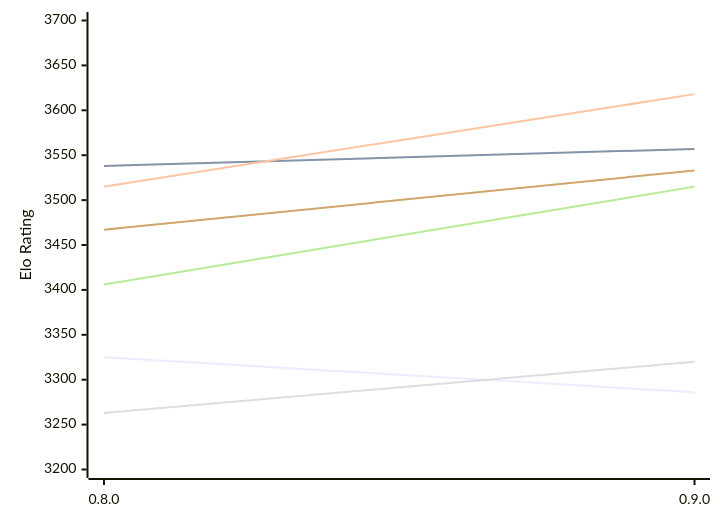
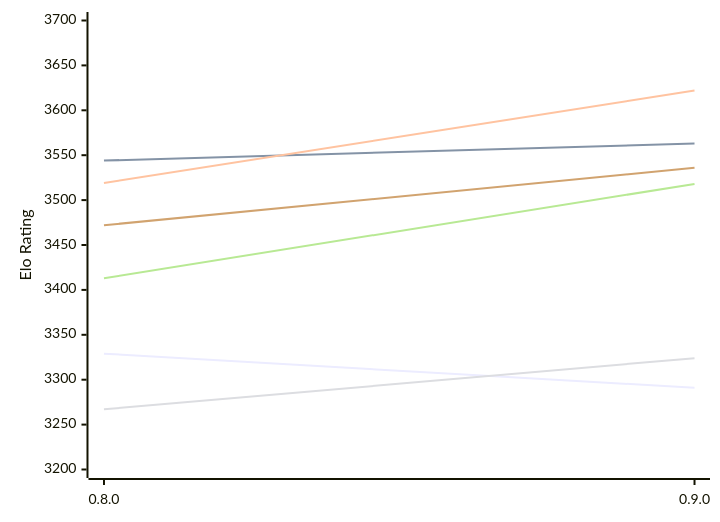
The first of 2 diagrams in engines/Motor.md (computer-chess-index/cci), drawn with Mermaid before and after one commit. The commit also changed other lines of this file, not shown here.

Commit message:
Update CCI Ratings (ELO VLTC) - 2026-11-20

````diff
--- a/engines/Motor.md
+++ b/engines/Motor.md
@@ -51,12 +51,12 @@
 ```mermaid
 %%{init: {"theme":"base","themeVariables":{"seriesColors:['#a3a3a3','#222221','#faa371']}}}%%
 xychart-beta
   x-axis ["0.8.0", "0.9.0"]
   y-axis "Elo Rating" 3200 --> 3700
-  line "E1: STC (8.0+0.08s)" [3325, 3286]
-  line "E1: LTC (60.0+0.60s)" [3538, 3557]
-  line "E1: VLTC (2m24s+1.12s)" [3515, 3618]
-  line "P1: STC (8.0+0.08s)" [3263, 3320]
-  line "P1: LTC (60.0+0.60s)" [3406, 3515]
-  line "P1: VLTC (2m24s+1.12s)" [3467, 3533]
+  line "E1: STC (8.0+0.08s)" [3329, 3291]
+  line "E1: LTC (60.0+0.60s)" [3544, 3563]
+  line "E1: VLTC (2m24s+1.12s)" [3519, 3622]
+  line "P1: STC (8.0+0.08s)" [3267, 3324]
+  line "P1: LTC (60.0+0.60s)" [3413, 3518]
+  line "P1: VLTC (2m24s+1.12s)" [3472, 3536]
 ```
````
